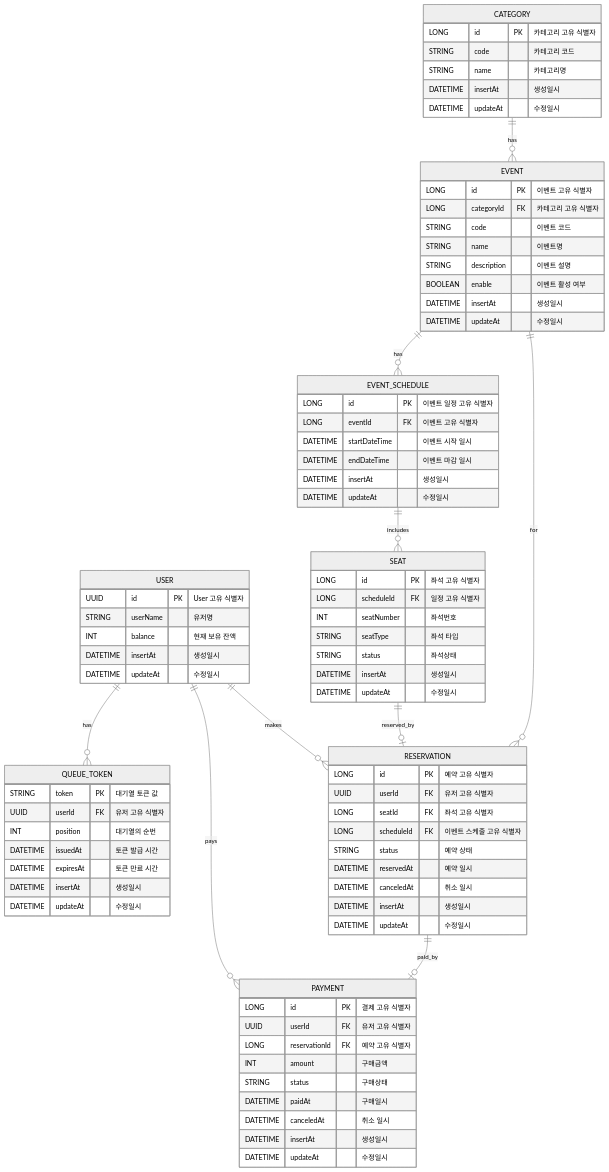
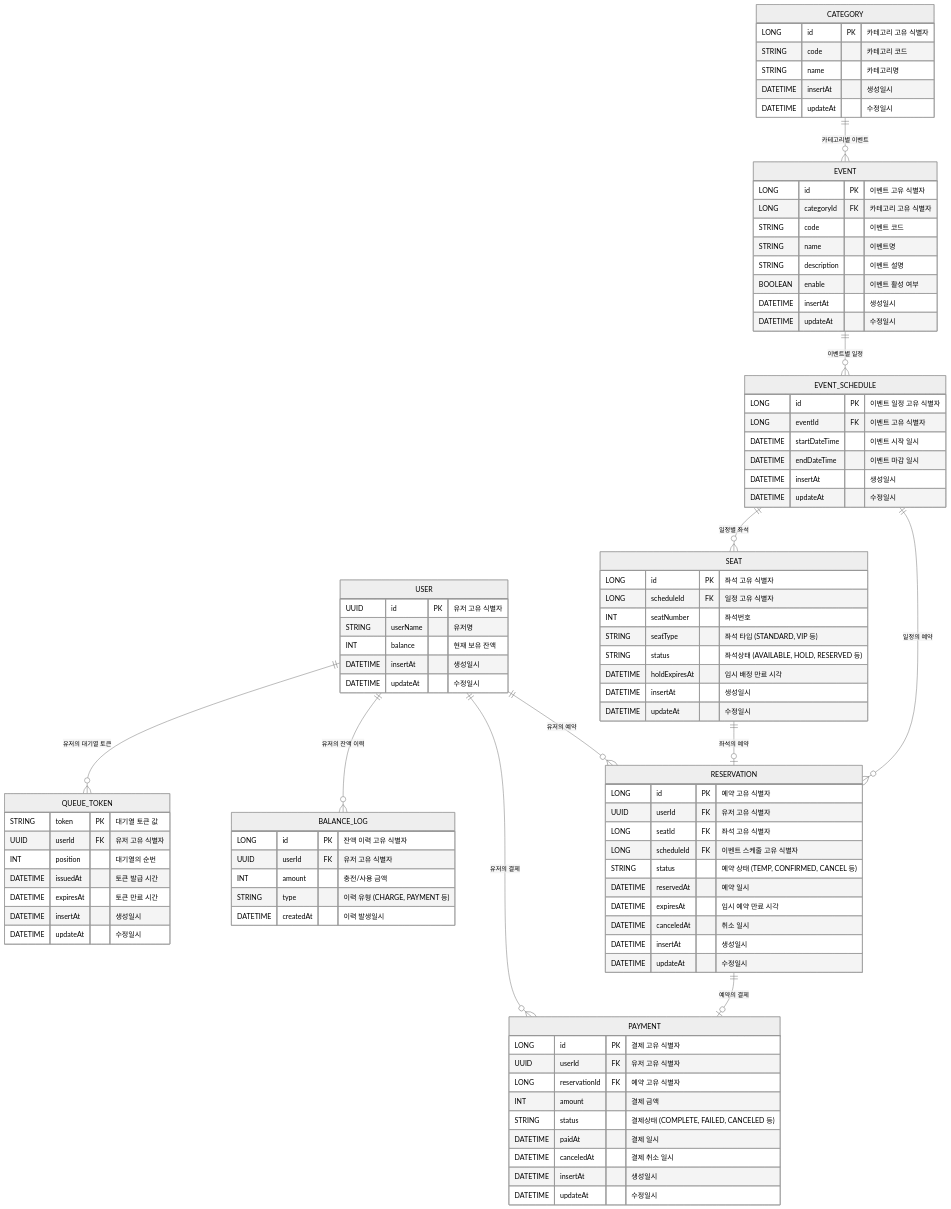
Before and after one commit to minu-study/ticketing-platform: the second of 8 diagrams in README.md, drawn with Mermaid (neutral theme). The commit also changed other lines of this file, not shown here.

Commit message:
docs: 요구사항 분석에 따라 다이어그램 수정

````diff
--- a/README.md
+++ b/README.md
@@ -172,7 +204,7 @@
 ```mermaid
 erDiagram
     USER {
-        UUID id PK "User 고유 식별자"
+        UUID id PK "유저 고유 식별자"
         STRING userName "유저명"
         INT balance "현재 보유 잔액"
         DATETIME insertAt "생성일시"
@@ -186,6 +218,13 @@
         DATETIME expiresAt "토큰 만료 시간"
         DATETIME insertAt "생성일시"
         DATETIME updateAt "수정일시"
+    }
+    BALANCE_LOG {
+        LONG id PK "잔액 이력 고유 식별자"
+        UUID userId FK "유저 고유 식별자"
+        INT amount "충전/사용 금액"
+        STRING type "이력 유형 (CHARGE, PAYMENT 등)"
+        DATETIME createdAt "이력 발생일시"
     }
     CATEGORY {
         LONG id PK "카테고리 고유 식별자"
@@ -216,8 +255,9 @@
         LONG id PK "좌석 고유 식별자"
         LONG scheduleId FK "일정 고유 식별자"
         INT seatNumber "좌석번호"
-        STRING seatType "좌석 타입"
-        STRING status "좌석상태"
+        STRING seatType "좌석 타입 (STANDARD, VIP 등)"
+        STRING status "좌석상태 (AVAILABLE, HOLD, RESERVED 등)"
+        DATETIME holdExpiresAt "임시 배정 만료 시각"
         DATETIME insertAt "생성일시"
         DATETIME updateAt "수정일시"
     }
@@ -226,8 +266,9 @@
         UUID userId FK "유저 고유 식별자"
         LONG seatId FK "좌석 고유 식별자"
         LONG scheduleId FK "이벤트 스케줄 고유 식별자"
-        STRING status "예약 상태"
+        STRING status "예약 상태 (TEMP, CONFIRMED, CANCEL 등)"
         DATETIME reservedAt "예약 일시"
+        DATETIME expiresAt "임시 예약 만료 시각"
         DATETIME canceledAt "취소 일시"
         DATETIME insertAt "생성일시"
         DATETIME updateAt "수정일시"
@@ -236,21 +277,22 @@
         LONG id PK "결제 고유 식별자"
         UUID userId FK "유저 고유 식별자"
         LONG reservationId FK "예약 고유 식별자"
-        INT amount "구매금액"
-        STRING status "구매상태"
-        DATETIME paidAt "구매일시"
-        DATETIME canceledAt "취소 일시"
+        INT amount "결제 금액"
+        STRING status "결제상태 (COMPLETE, FAILED, CANCELED 등)"
+        DATETIME paidAt "결제 일시"
+        DATETIME canceledAt "결제 취소 일시"
         DATETIME insertAt "생성일시"
         DATETIME updateAt "수정일시"
     }
 
-    USER ||--o{ QUEUE_TOKEN : "has"
-    USER ||--o{ RESERVATION : "makes"
-    USER ||--o{ PAYMENT : "pays"
-    CATEGORY ||--o{ EVENT : "has"
-    EVENT ||--o{ EVENT_SCHEDULE : "has"
-    EVENT_SCHEDULE ||--o{ SEAT : "includes"
-    SEAT ||--o| RESERVATION : "reserved_by"
-    RESERVATION ||--o| PAYMENT : "paid_by"
-    EVENT ||--o{ RESERVATION : "for"
+    USER ||--o{ QUEUE_TOKEN : "유저의 대기열 토큰"
+    USER ||--o{ RESERVATION : "유저의 예약"
+    USER ||--o{ PAYMENT : "유저의 결제"
+    USER ||--o{ BALANCE_LOG : "유저의 잔액 이력"
+    CATEGORY ||--o{ EVENT : "카테고리별 이벤트"
+    EVENT ||--o{ EVENT_SCHEDULE : "이벤트별 일정"
+    EVENT_SCHEDULE ||--o{ SEAT : "일정별 좌석"
+    SEAT ||--o| RESERVATION : "좌석의 예약"
+    RESERVATION ||--o| PAYMENT : "예약의 결제"
+    EVENT_SCHEDULE ||--o{ RESERVATION : "일정의 예약"
 ```
````
